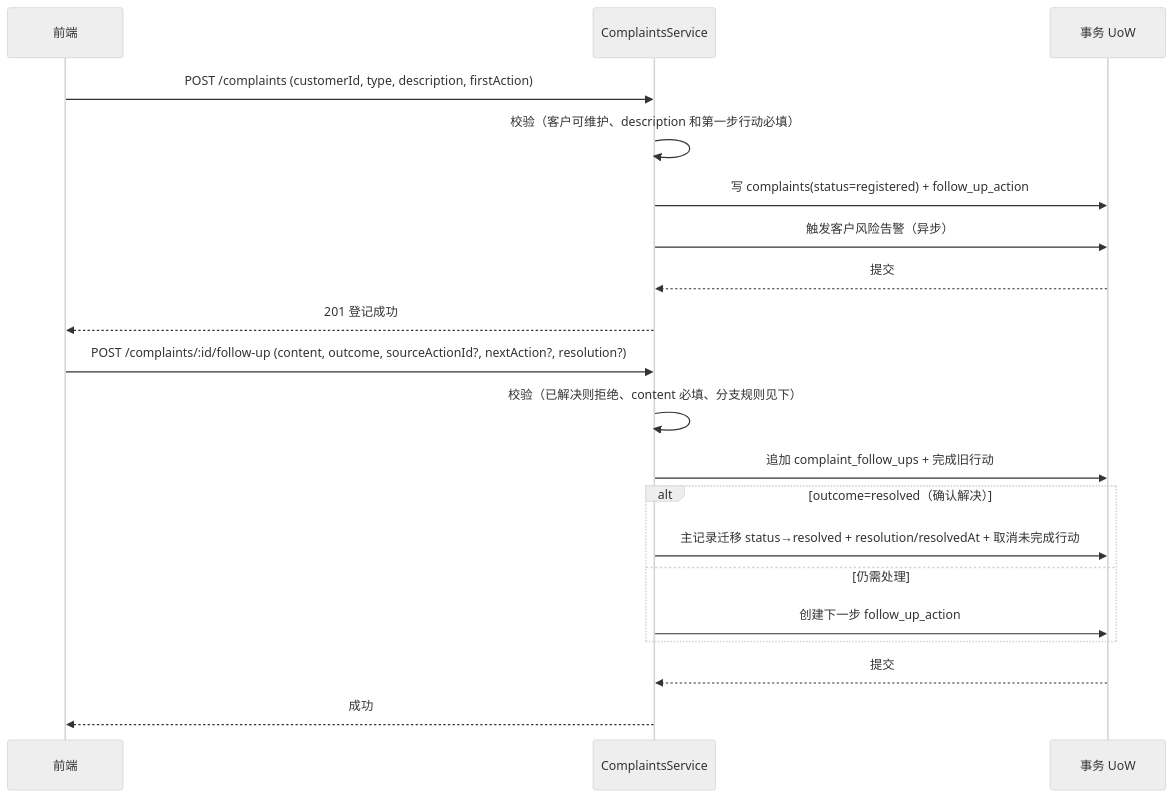
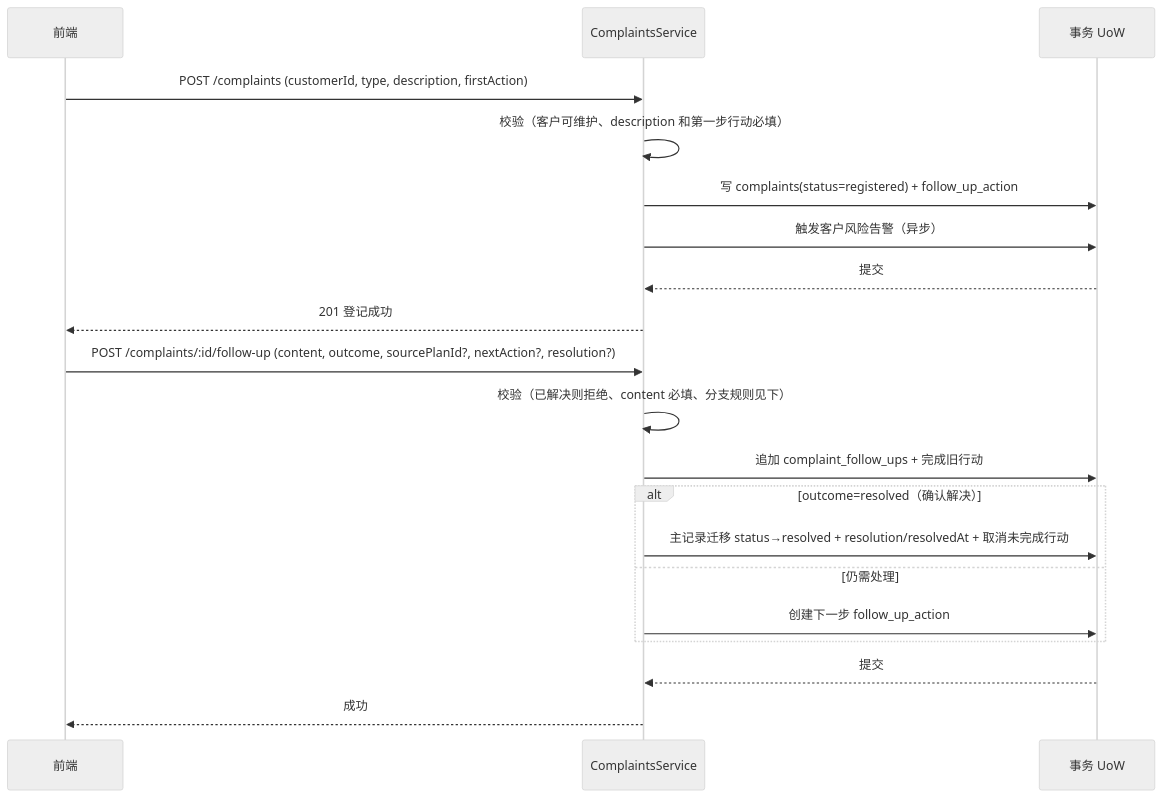
Before and after one commit to lixiname/LITECRM: diagram 20 of 26 in docs/重构架构决策与实施蓝图.md, drawn with Mermaid (neutral theme). The commit also changed other lines of this file and 72 other files, not shown here.

````diff
--- a/docs/重构架构决策与实施蓝图.md
+++ b/docs/重构架构决策与实施蓝图.md
@@ -1147,22 +1151,22 @@
 ```mermaid
 sequenceDiagram
     participant C as 前端
     participant S as ComplaintsService
     participant D as 事务 UoW
     C->>S: POST /complaints (customerId, type, description, firstAction)
     S->>S: 校验（客户可维护、description 和第一步行动必填）
     S->>D: 写 complaints(status=registered) + follow_up_action
     S->>D: 触发客户风险告警（异步）
     D-->>S: 提交
     S-->>C: 201 登记成功
-    C->>S: POST /complaints/:id/follow-up (content, outcome, sourceActionId?, nextAction?, resolution?)
+    C->>S: POST /complaints/:id/follow-up (content, outcome, sourcePlanId?, nextAction?, resolution?)
     S->>S: 校验（已解决则拒绝、content 必填、分支规则见下）
     S->>D: 追加 complaint_follow_ups + 完成旧行动
     alt outcome=resolved（确认解决）
         S->>D: 主记录迁移 status→resolved + resolution/resolvedAt + 取消未完成行动
     else 仍需处理
         S->>D: 创建下一步 follow_up_action
     end
     D-->>S: 提交
     S-->>C: 成功
 ```
````
